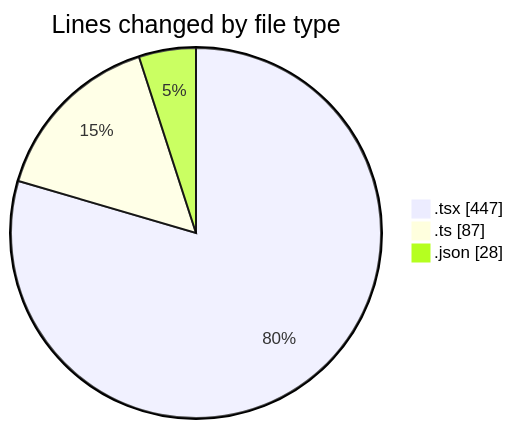
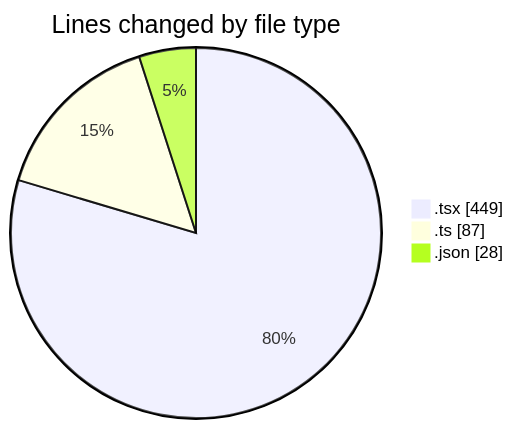
Before and after one commit to momahboobian/code-tracking: the first of 2 diagrams in 2025-04-29/cda/README.md, drawn with Mermaid. The commit also changed other lines of this file and 1 other file, not shown here.

````diff
--- a/2025-04-29/cda/README.md
+++ b/2025-04-29/cda/README.md
@@ -25,7 +25,7 @@
 ```mermaid
 pie showData
 title Lines changed by file type
-".tsx" : 447
+".tsx" : 449
 ".ts" : 87
 ".json" : 28
 ```
````
